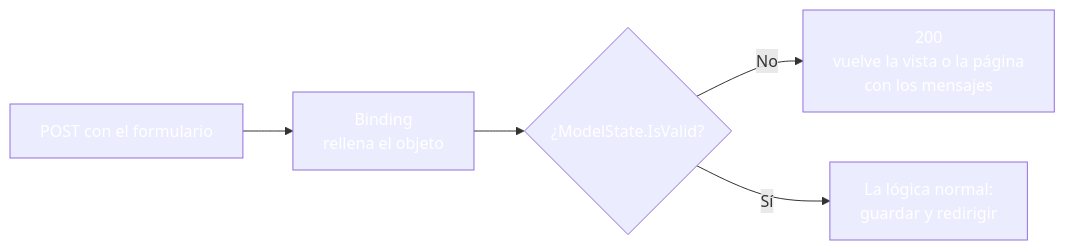
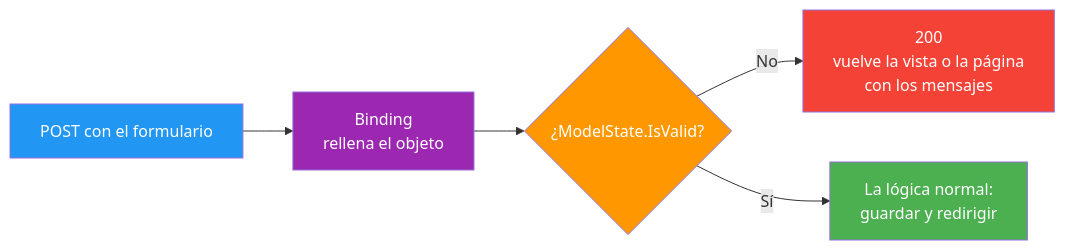
One commit to joseluisgs/DesarrolloWebEntornosServidor-03-2026-2027 changed the first of 2 diagrams in 15-validaciones-seguridad.md. Above: the diagram before and after it, drawn with Mermaid. The commit also changed other lines of this file and 25 other files, not shown here.

Commit message:
docs: corregir los estilos Mermaid de los temas y alinear el dominio del tema 25 con ProductosApp

````diff
--- a/15-validaciones-seguridad.md
+++ b/15-validaciones-seguridad.md
@@ -70,12 +70,12 @@
 ```mermaid
 graph LR
     A["POST con el formulario"] --> B["Binding<br/>rellena el objeto"]
     B --> C{"¿ModelState.IsValid?"}
     C -->|"No"| D["200<br/>vuelve la vista o la página<br/>con los mensajes"]
     C -->|"Sí"| E["La lógica normal:<br/>guardar y redirigir"]
-    style A fill:#2196F,color:#fff3,color:#fff
-    style B fill:#9C27B,color:#fff0,color:#fff
-    style C fill:#FF980,color:#fff0,color:#fff
-    style D fill:#f4433,color:#fff6,color:#fff
-    style E fill:#4CAF5,color:#fff0,color:#fff
+    style A fill:#2196F3,color:#fff
+    style B fill:#9C27B0,color:#fff
+    style C fill:#FF9800,color:#fff
+    style D fill:#f44336,color:#fff
+    style E fill:#4CAF50,color:#fff
 ```
````
